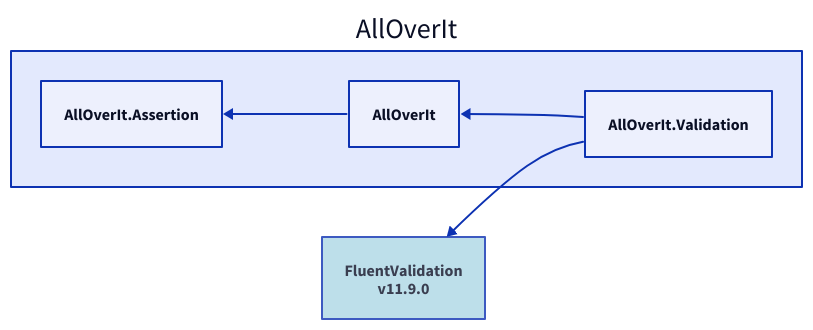
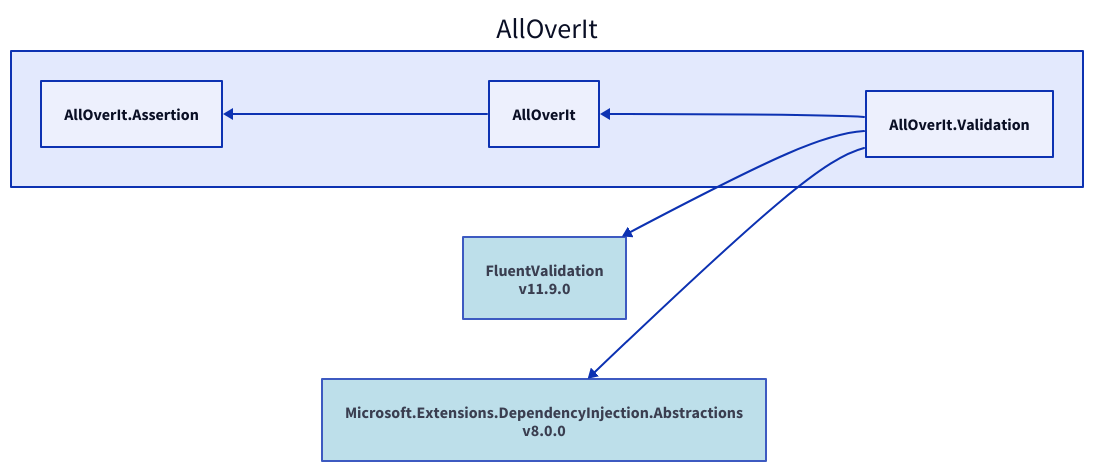
The diagram in Docs/Reference/Content/images/dependencies/net7.0/alloverit-validation.d2 (mjfreelancing/AllOverIt), drawn with D2 before and after one commit. The commit also changed 144 other files, not shown here.

```diff
--- a/Docs/Reference/Content/images/dependencies/net7.0/alloverit-validation.d2
+++ b/Docs/Reference/Content/images/dependencies/net7.0/alloverit-validation.d2
@@ -1,12 +1,16 @@
 direction: left
 
 aoi: AllOverIt
 aoi.alloverit-validation: AllOverIt.Validation
 fluentvalidation_11-9-0: FluentValidation\nv11.9.0
 fluentvalidation_11-9-0.style.fill: "#ADD8E6"
 fluentvalidation_11-9-0.style.opacity: 0.8
 fluentvalidation_11-9-0 <- aoi.alloverit-validation
+microsoft-extensions-dependencyinjection-abstractions_8-0-0: Microsoft.Extensions.DependencyInjection.Abstractions\nv8.0.0
+microsoft-extensions-dependencyinjection-abstractions_8-0-0.style.fill: "#ADD8E6"
+microsoft-extensions-dependencyinjection-abstractions_8-0-0.style.opacity: 0.8
+microsoft-extensions-dependencyinjection-abstractions_8-0-0 <- aoi.alloverit-validation
 aoi.alloverit: AllOverIt
 aoi.alloverit-assertion: AllOverIt.Assertion
 aoi.alloverit-assertion <- aoi.alloverit
 aoi.alloverit <- aoi.alloverit-validation
```
